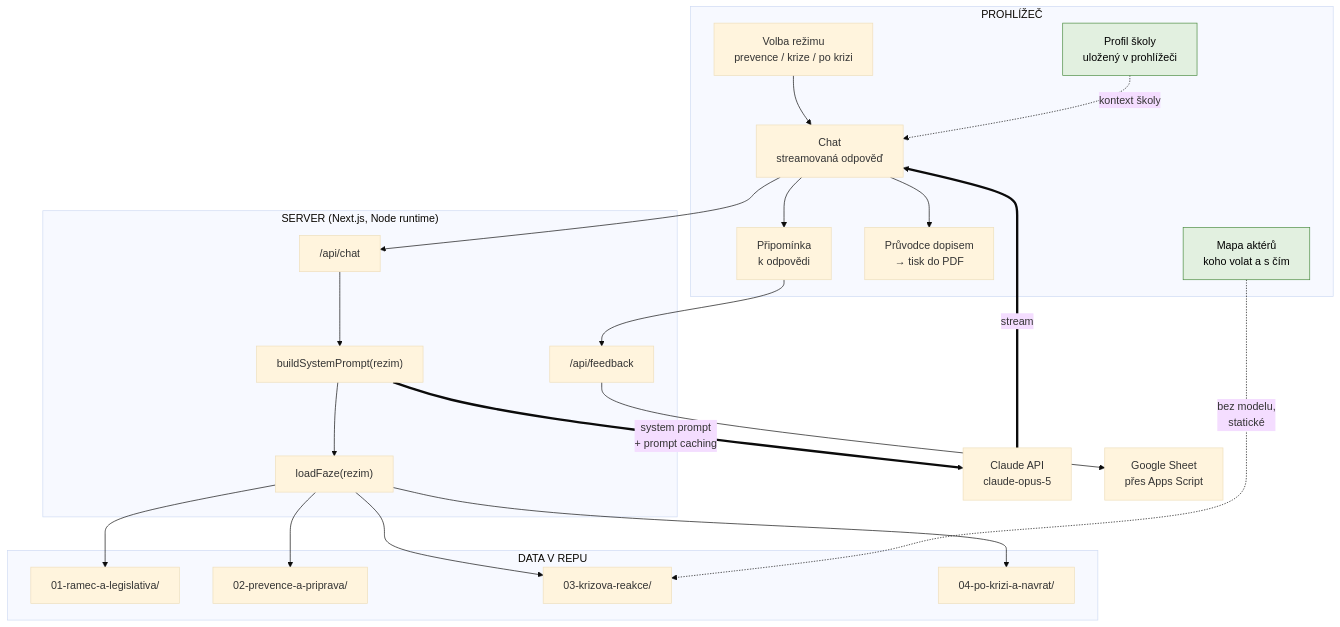
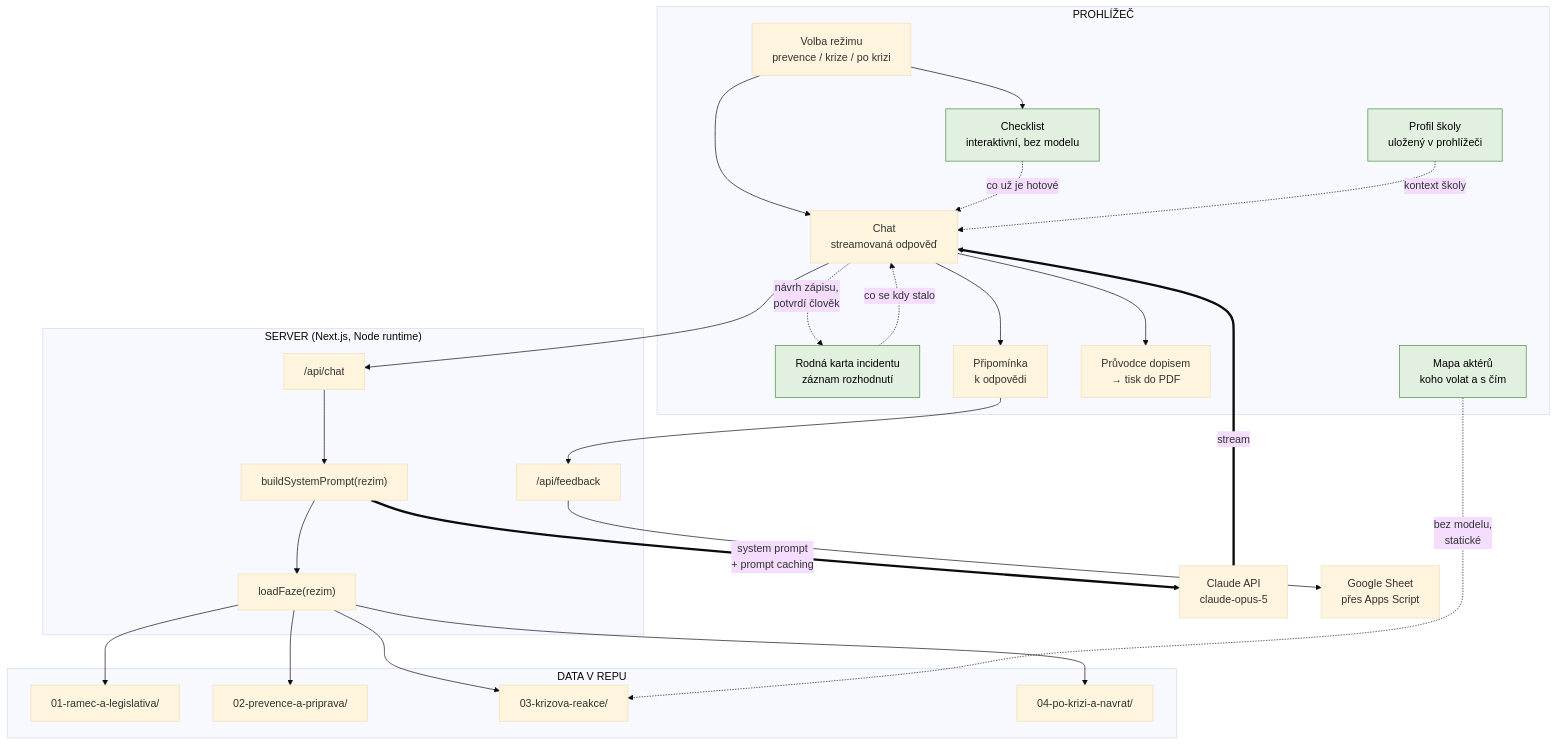
The first of 5 diagrams in dokumentace/navrh-aplikace.md (aidetemcz/bezpecna-skola), drawn with Mermaid (base theme) before and after one commit. The commit also changed other lines of this file and 1 other file, not shown here.

First line of the commit message:
Add communication spine and separate deterministic surfaces from chat

````diff
--- a/dokumentace/navrh-aplikace.md
+++ b/dokumentace/navrh-aplikace.md
@@ -25,44 +25,50 @@
 ```mermaid
 flowchart TB
     subgraph UI["PROHLÍŽEČ"]
         REZ["Volba režimu<br/>prevence / krize / po krizi"]
+        CL["Checklist<br/>interaktivní, bez modelu"]
+        RKI["Rodná karta incidentu<br/>záznam rozhodnutí"]
         CHAT["Chat<br/>streamovaná odpověď"]
         AKT["Mapa aktérů<br/>koho volat a s čím"]
         DOP["Průvodce dopisem<br/>→ tisk do PDF"]
         FB["Připomínka<br/>k odpovědi"]
         PROF["Profil školy<br/>uložený v prohlížeči"]
     end
 
     subgraph SRV["SERVER (Next.js, Node runtime)"]
         RCHAT["/api/chat"]
         RFB["/api/feedback"]
         PROMPT["buildSystemPrompt(rezim)"]
         LOAD["loadFaze(rezim)"]
     end
 
     subgraph DATA["DATA V REPU"]
         D1["01-ramec-a-legislativa/"]
         D2["02-prevence-a-priprava/"]
         D3["03-krizova-reakce/"]
         D4["04-po-krizi-a-navrat/"]
     end
 
     CLAUDE["Claude API<br/>claude-opus-5"]
     SHEET["Google Sheet<br/>přes Apps Script"]
 
+    REZ --> CL
     REZ --> CHAT
+    CL -.->|"co už je hotové"| CHAT
+    RKI -.->|"co se kdy stalo"| CHAT
     PROF -.->|"kontext školy"| CHAT
+    CHAT -.->|"návrh zápisu,<br/>potvrdí člověk"| RKI
     CHAT --> RCHAT
     RCHAT --> PROMPT
     PROMPT --> LOAD
     LOAD --> D1 & D2 & D3 & D4
     PROMPT ==>|"system prompt<br/>+ prompt caching"| CLAUDE
     CLAUDE ==>|"stream"| CHAT
     CHAT --> DOP
     CHAT --> FB
     FB --> RFB --> SHEET
     AKT -.->|"bez modelu,<br/>statické"| D3
 
     classDef stat fill:#e2f0e0,stroke:#4a8b3f,color:#000
-    class AKT,PROF stat
+    class AKT,PROF,CL,RKI stat
 ```
````
